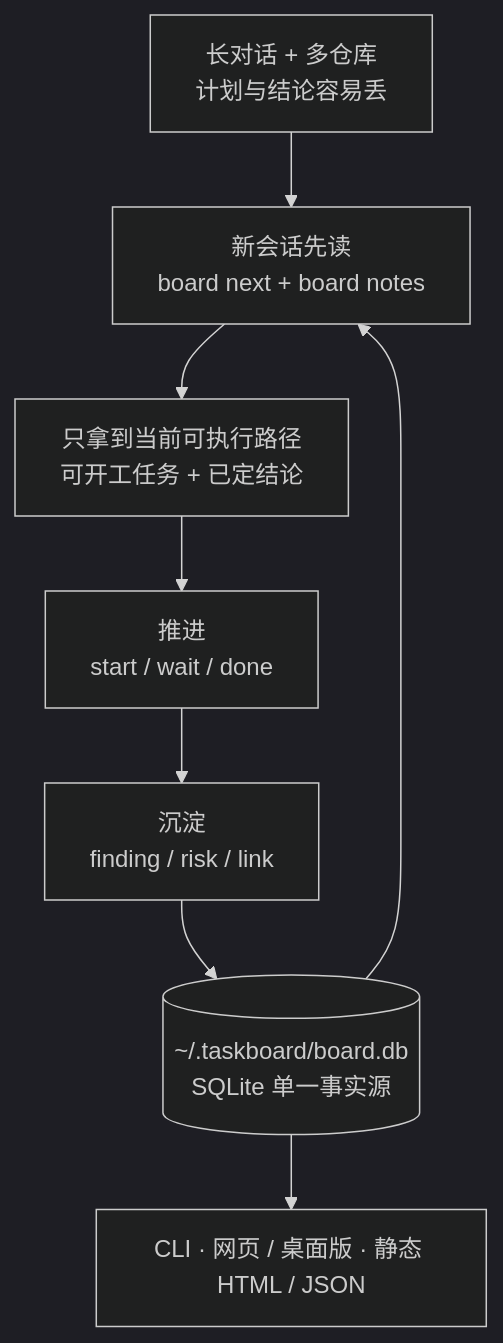
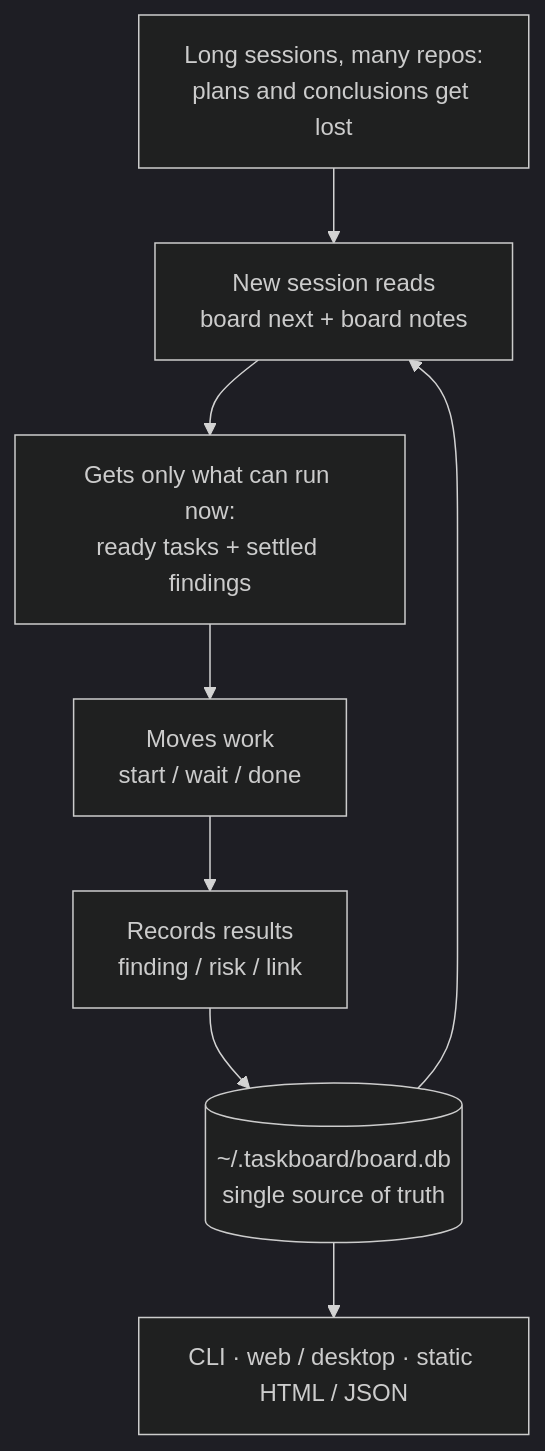
Before and after one commit to sunsssc/taskboard: the diagram in README.md, drawn with Mermaid (dark theme). The commit also changed other lines of this file and 2 other files, not shown here.

````diff
--- a/README.md
+++ b/README.md
@@ -9,10 +9,10 @@
 ```mermaid
 flowchart TD
-    A["长对话 + 多仓库<br/>计划与结论容易丢"] --> B["新会话先读<br/>board next + board notes"]
-    B --> C["只拿到当前可执行路径<br/>可开工任务 + 已定结论"]
-    C --> D["推进<br/>start / wait / done"]
-    D --> E["沉淀<br/>finding / risk / link"]
-    E --> F[("~/.taskboard/board.db<br/>SQLite 单一事实源")]
+    A["Long sessions, many repos:<br/>plans and conclusions get lost"] --> B["New session reads<br/>board next + board notes"]
+    B --> C["Gets only what can run now:<br/>ready tasks + settled findings"]
+    C --> D["Moves work<br/>start / wait / done"]
+    D --> E["Records results<br/>finding / risk / link"]
+    E --> F[("~/.taskboard/board.db<br/>single source of truth")]
     F --> B
-    F --> G["CLI · 网页 / 桌面版 · 静态 HTML / JSON"]
+    F --> G["CLI · web / desktop · static HTML / JSON"]
 ```
````
